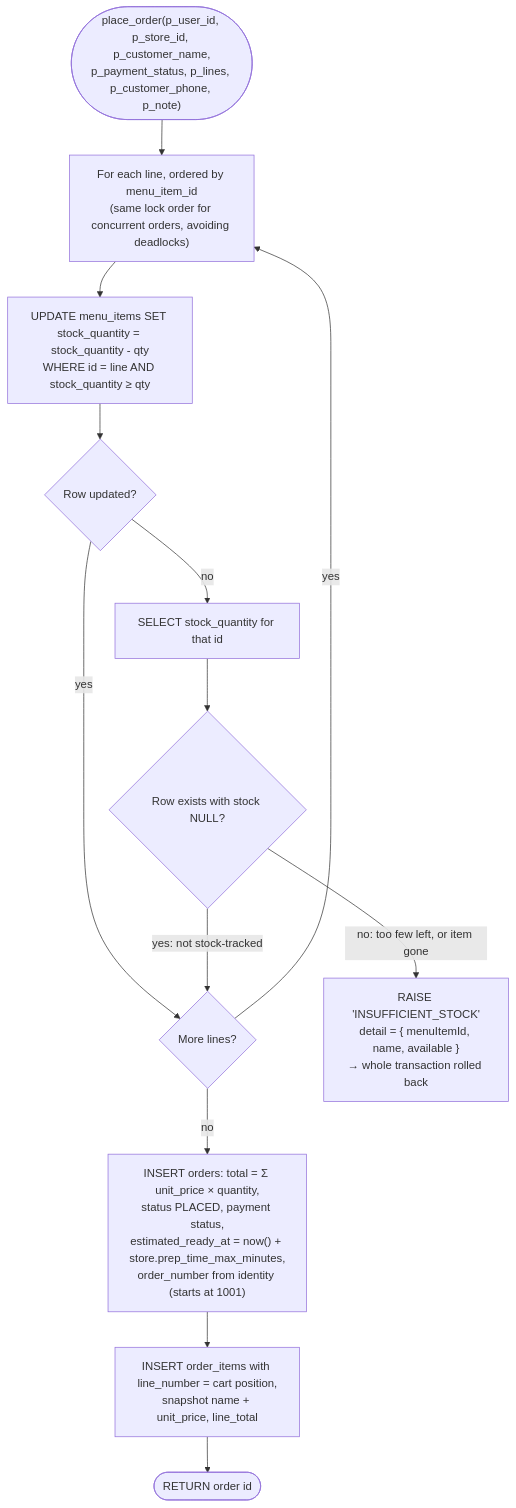
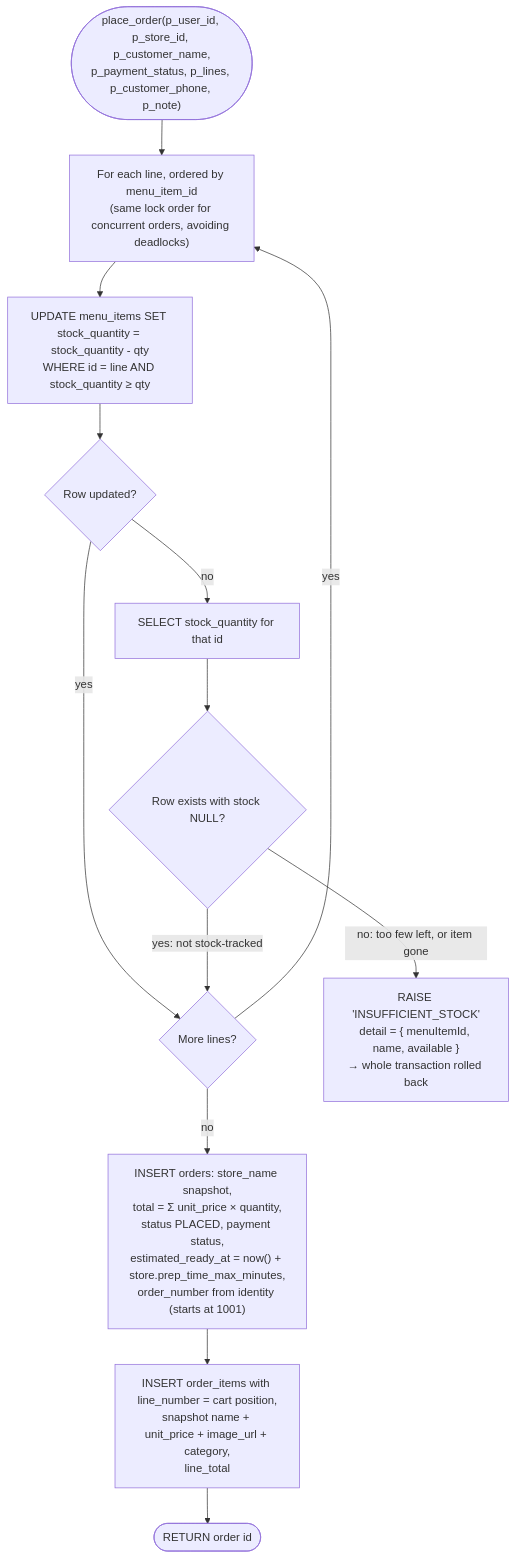
One commit to The-KhaNha/KhaNha changed diagram 13 of 28 in docs/ARCHITECTURE.md. Above: the diagram before and after it, drawn with Mermaid. The commit also changed other lines of this file and 15 other files, not shown here.

First line of the commit message:
Order snapshots v2: an order keeps its store name, photos and categories as they were when it was placed

````diff
--- a/docs/ARCHITECTURE.md
+++ b/docs/ARCHITECTURE.md
@@ -556,15 +556,15 @@
 ```mermaid
 flowchart TD
   Start(["place_order(p_user_id, p_store_id, p_customer_name,<br/>p_payment_status, p_lines, p_customer_phone, p_note)"]) --> Loop["For each line, ordered by menu_item_id<br/>(same lock order for concurrent orders, avoiding deadlocks)"]
   Loop --> Dec["UPDATE menu_items SET stock_quantity = stock_quantity - qty<br/>WHERE id = line AND stock_quantity ≥ qty"]
   Dec --> Found{"Row updated?"}
   Found -->|"yes"| Next{"More lines?"}
   Found -->|"no"| Look["SELECT stock_quantity for that id"]
   Look --> Why{"Row exists with stock NULL?"}
   Why -->|"yes: not stock-tracked"| Next
   Why -->|"no: too few left, or item gone"| Raise["RAISE 'INSUFFICIENT_STOCK'<br/>detail = { menuItemId, name, available }<br/>→ whole transaction rolled back"]
   Next -->|"yes"| Loop
-  Next -->|"no"| InsOrder["INSERT orders: total = Σ unit_price × quantity,<br/>status PLACED, payment status,<br/>estimated_ready_at = now() + store.prep_time_max_minutes,<br/>order_number from identity (starts at 1001)"]
-  InsOrder --> InsItems["INSERT order_items with line_number = cart position,<br/>snapshot name + unit_price, line_total"]
+  Next -->|"no"| InsOrder["INSERT orders: store_name snapshot,<br/>total = Σ unit_price × quantity,<br/>status PLACED, payment status,<br/>estimated_ready_at = now() + store.prep_time_max_minutes,<br/>order_number from identity (starts at 1001)"]
+  InsOrder --> InsItems["INSERT order_items with line_number = cart position,<br/>snapshot name + unit_price + image_url + category,<br/>line_total"]
   InsItems --> Ret(["RETURN order id"])
 ```
````
